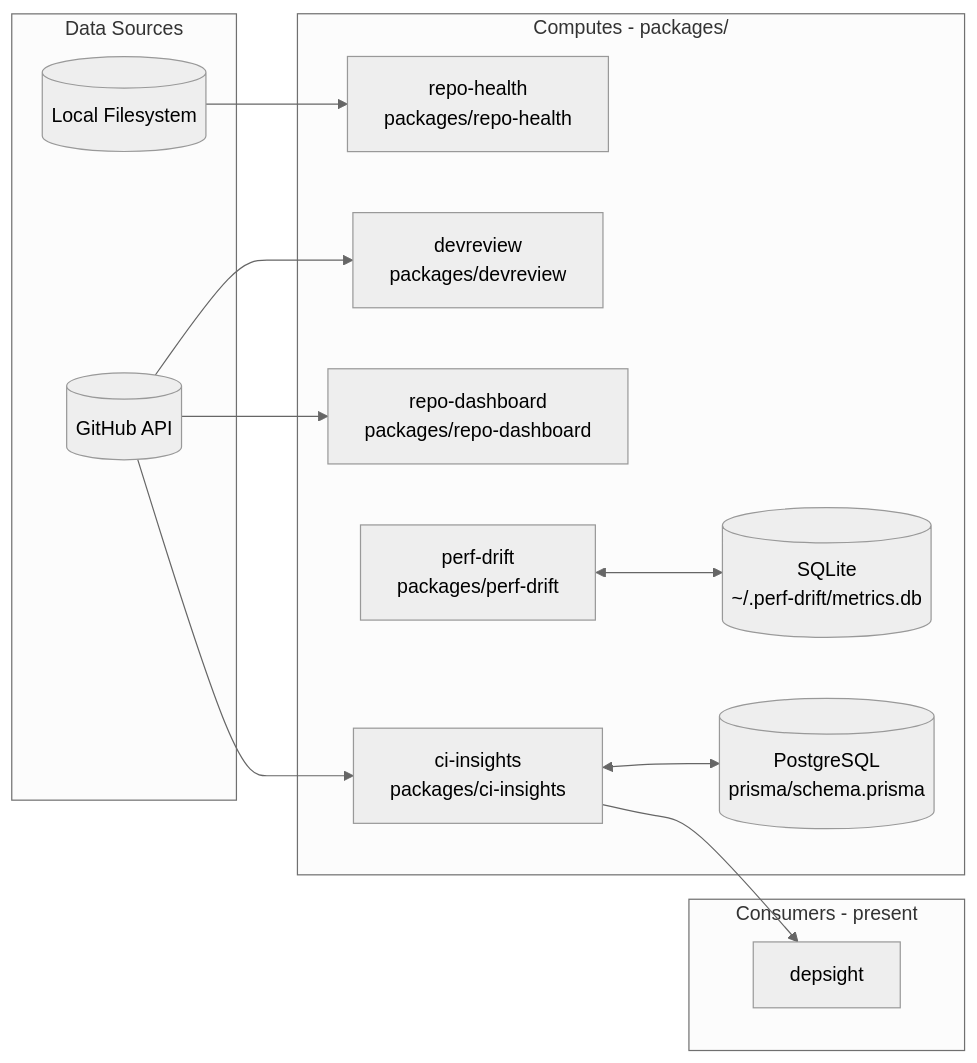
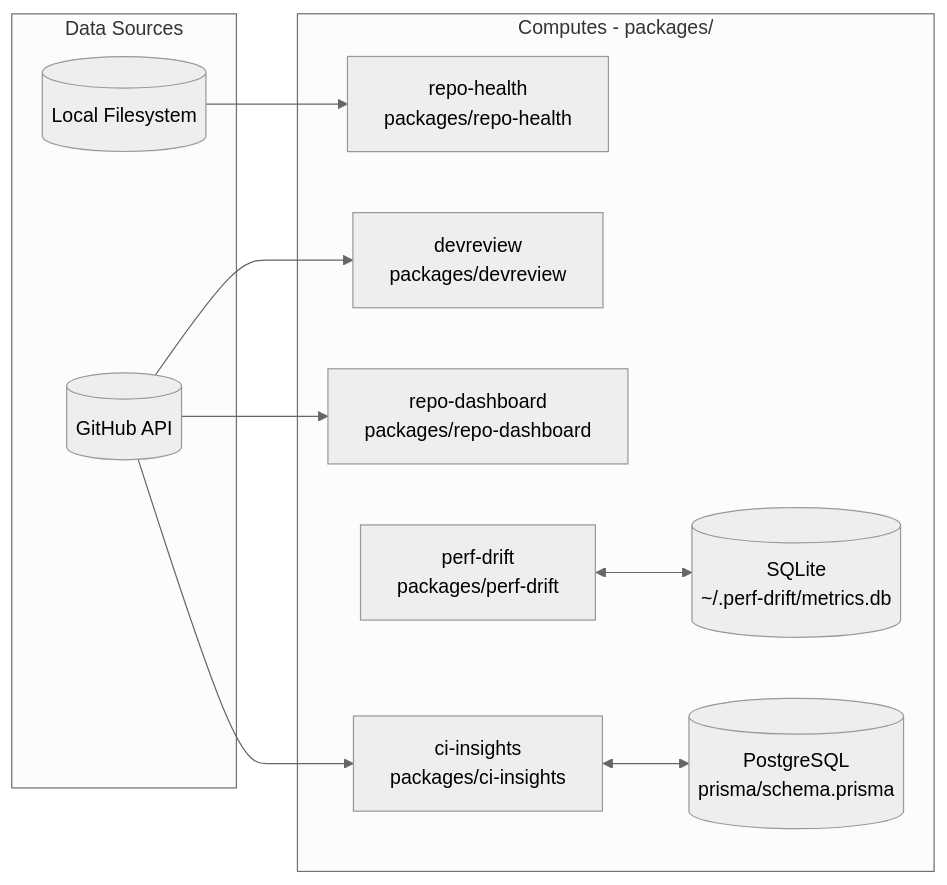
The diagram in docs/architecture.md (LanNguyenSi/repo-intelligence), drawn with Mermaid (neutral theme) before and after one commit. The commit also changed other lines of this file and 14 other files, not shown here.

````diff
--- a/docs/architecture.md
+++ b/docs/architecture.md
@@ -7,29 +7,24 @@
 ```mermaid
 flowchart LR
   subgraph src ["Data Sources"]
     GH[("GitHub API")]
     FS[("Local Filesystem")]
   end
 
   subgraph computes ["Computes - packages/"]
     RH["repo-health<br/>packages/repo-health"]
     DR["devreview<br/>packages/devreview"]
     RD["repo-dashboard<br/>packages/repo-dashboard"]
     PD["perf-drift<br/>packages/perf-drift"]
     SQLITE[("SQLite<br/>~/.perf-drift/metrics.db")]
     CIS["ci-insights<br/>packages/ci-insights"]
     CIDB[("PostgreSQL<br/>prisma/schema.prisma")]
   end
 
-  subgraph presents ["Consumers - present"]
-    DEP["depsight"]
-  end
-
   GH --> DR
   GH --> RD
   GH --> CIS
   FS --> RH
   PD <--> SQLITE
   CIS <--> CIDB
-  CIS --> DEP
 ```
````
